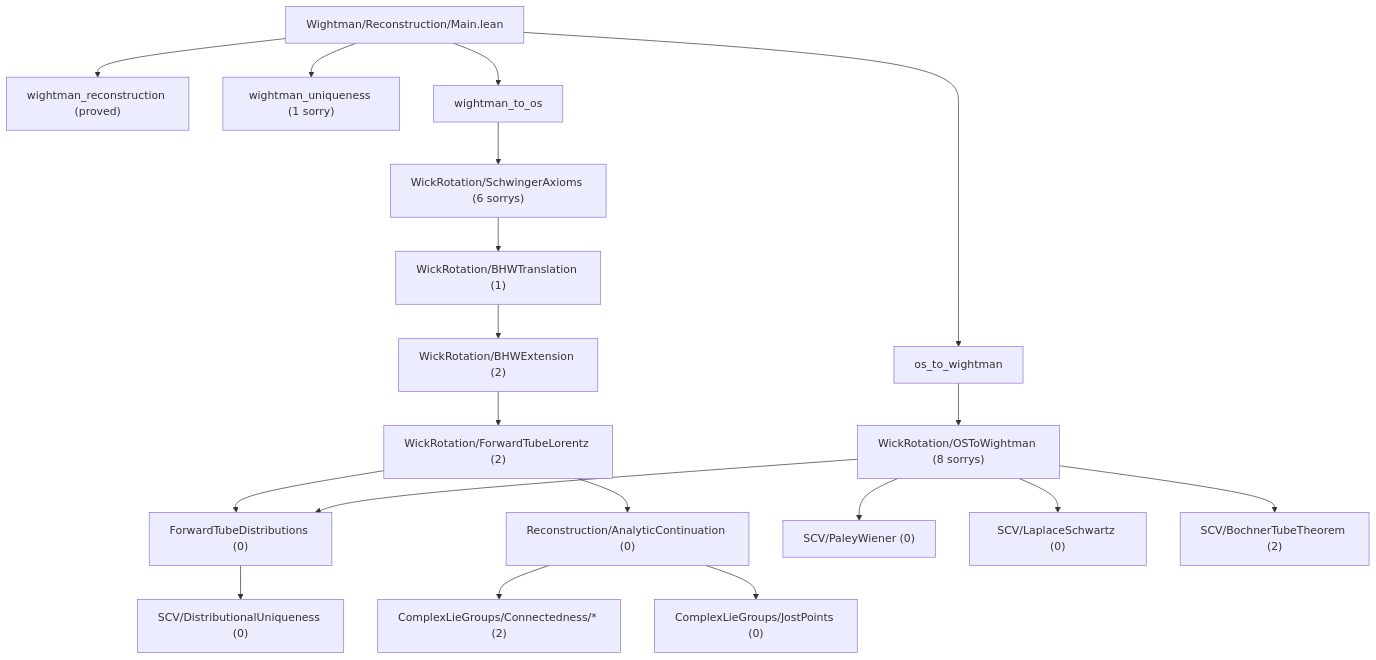
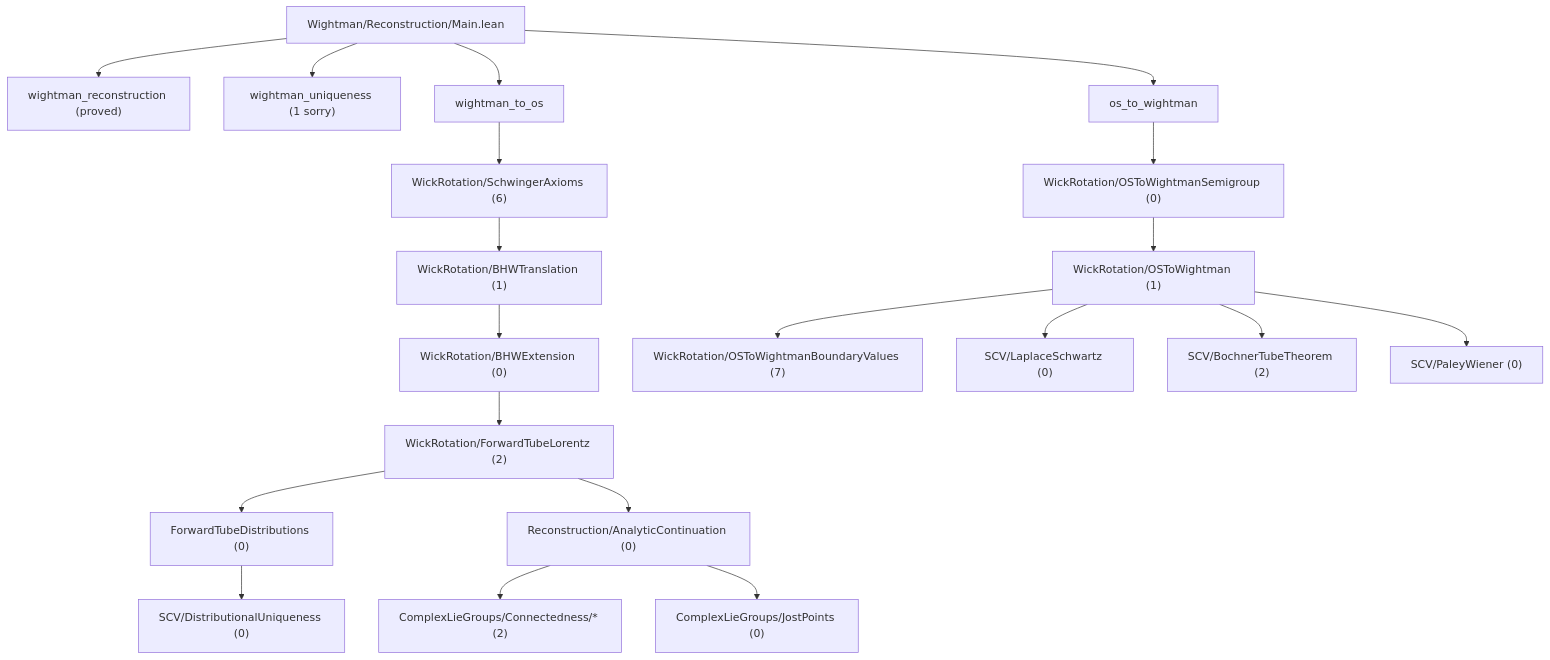
The diagram in README.md (yin-claw/OSreconstruction), drawn with Mermaid before and after one commit. The commit also changed other lines of this file, not shown here.

````diff
--- a/README.md
+++ b/README.md
@@ -77,24 +99,25 @@
 ```mermaid
 flowchart TD
   M["Wightman/Reconstruction/Main.lean"]
   M --> WR["wightman_reconstruction (proved)"]
   M --> WU["wightman_uniqueness (1 sorry)"]
   M --> RE["wightman_to_os"]
   M --> ER["os_to_wightman"]
 
-  RE --> SA["WickRotation/SchwingerAxioms (6 sorrys)"]
+  RE --> SA["WickRotation/SchwingerAxioms (6)"]
   SA --> BT["WickRotation/BHWTranslation (1)"]
-  BT --> BE["WickRotation/BHWExtension (2)"]
+  BT --> BE["WickRotation/BHWExtension (0)"]
   BE --> FL["WickRotation/ForwardTubeLorentz (2)"]
   FL --> FTD["ForwardTubeDistributions (0)"]
   FTD --> DU["SCV/DistributionalUniqueness (0)"]
   FL --> AC["Reconstruction/AnalyticContinuation (0)"]
   AC --> CL["ComplexLieGroups/Connectedness/* (2)"]
   AC --> JP["ComplexLieGroups/JostPoints (0)"]
 
-  ER --> OW["WickRotation/OSToWightman (8 sorrys)"]
-  OW --> FTD
-  OW --> PW["SCV/PaleyWiener (0)"]
-  OW --> LS["SCV/LaplaceSchwartz (0)"]
-  OW --> BO["SCV/BochnerTubeTheorem (2)"]
+  ER --> OWS["WickRotation/OSToWightmanSemigroup (0)"]
+  OWS --> OWC["WickRotation/OSToWightman (1)"]
+  OWC --> OWB["WickRotation/OSToWightmanBoundaryValues (7)"]
+  OWC --> LS["SCV/LaplaceSchwartz (0)"]
+  OWC --> BO["SCV/BochnerTubeTheorem (2)"]
+  OWC --> PW["SCV/PaleyWiener (0)"]
 ```
````
